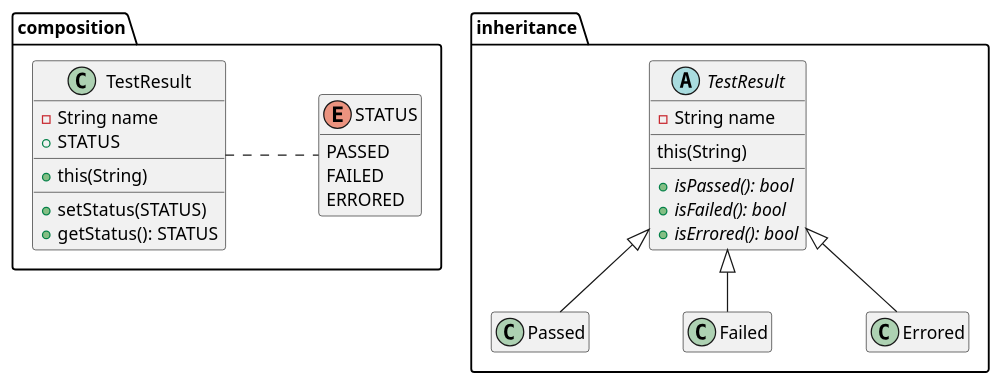
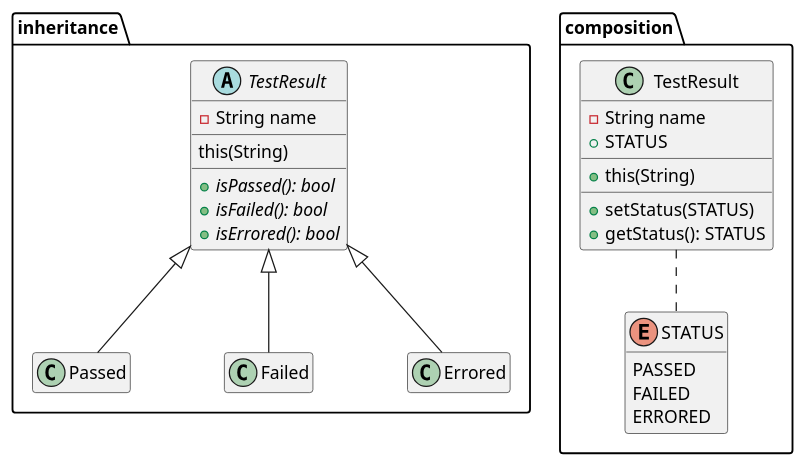
Before and after one commit to ace-lectures/inf5153-junit-demo: the diagram in docs/uml/3_test_results_alt.puml, drawn with PlantUML. The commit also changed 24 other files, not shown here.

```diff
--- a/docs/uml/3_test_results_alt.puml
+++ b/docs/uml/3_test_results_alt.puml
@@ -1,51 +1,51 @@
 @startuml
 
 skinparam nodesep 75
 skinparam ranksep 50
 hide empty members
 
 
 
 package inheritance {
 
   abstract class TestResult {
     - String name
     __
     this(String)
     __
     + {abstract} isPassed(): bool
     + {abstract} isFailed(): bool
     + {abstract} isErrored(): bool
   }
 
   class Passed
   class Failed
   Class Errored
 
   TestResult <|-- Passed
   TestResult <|-- Failed
   TestResult <|-- Errored
 }
 
 package composition {
   enum STATUS {
     PASSED
     FAILED
     ERRORED
   }
 
   class TR2 as "TestResult" {
     - String name
     + STATUS
     __
     + this(String)
     __
     + setStatus(STATUS)
     + getStatus(): STATUS
   }
 
-  TR2 . STATUS
+  TR2 .. STATUS
 
 }
 
 @enduml
```
